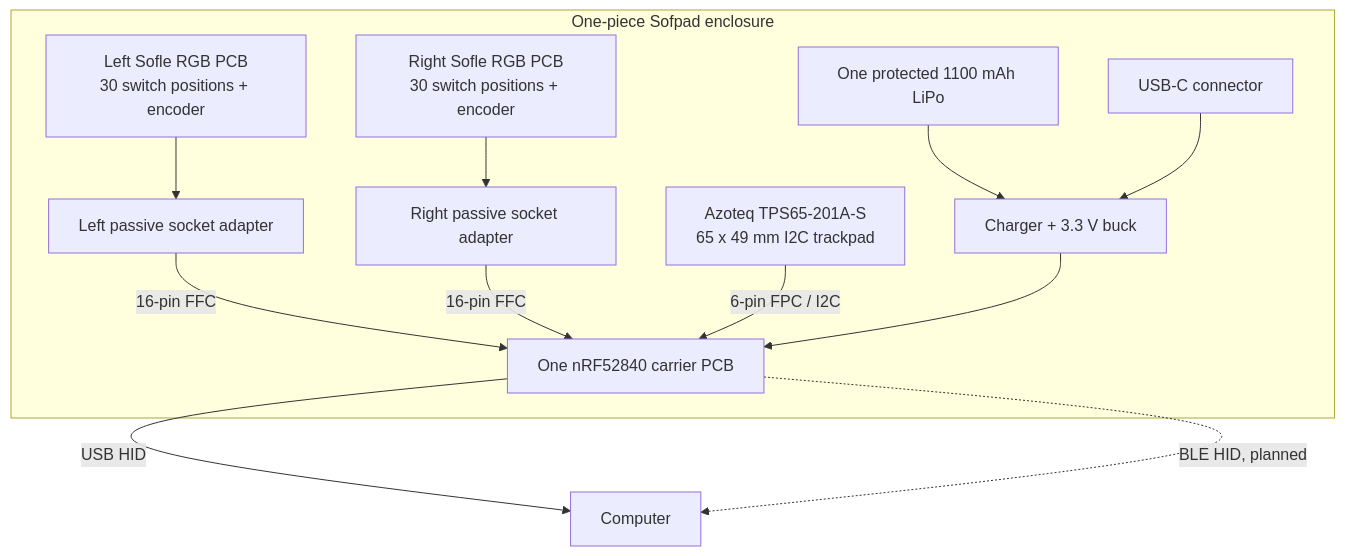
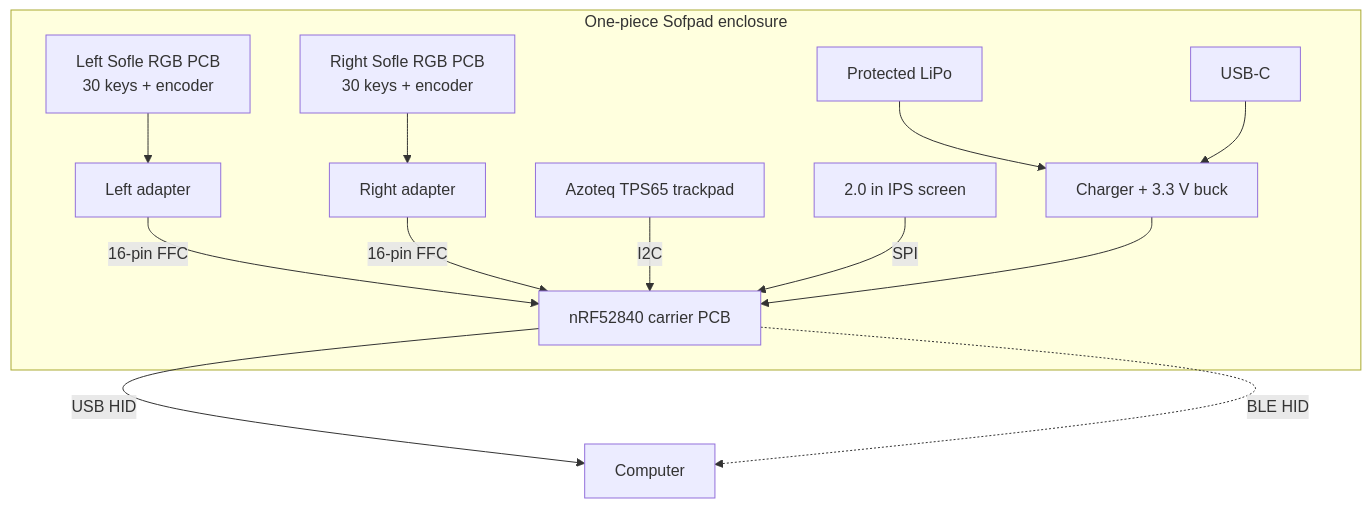
Before and after one commit to bhadkamkar9snehil/Sofpad: the diagram in README.md, drawn with Mermaid. The commit also changed other lines of this file, not shown here.

````diff
--- a/README.md
+++ b/README.md
@@ -57,15 +57,16 @@
 ```mermaid
 flowchart TB
   subgraph CASE["One-piece Sofpad enclosure"]
-    L["Left Sofle RGB PCB<br/>30 switch positions + encoder"] --> A["Left passive socket adapter"]
-    R["Right Sofle RGB PCB<br/>30 switch positions + encoder"] --> B["Right passive socket adapter"]
-    A -->|"16-pin FFC"| MCU["One nRF52840 carrier PCB"]
+    L["Left Sofle RGB PCB<br/>30 keys + encoder"] --> A["Left adapter"]
+    R["Right Sofle RGB PCB<br/>30 keys + encoder"] --> B["Right adapter"]
+    A -->|"16-pin FFC"| MCU["nRF52840 carrier PCB"]
     B -->|"16-pin FFC"| MCU
-    PAD["Azoteq TPS65-201A-S<br/>65 x 49 mm I2C trackpad"] -->|"6-pin FPC / I2C"| MCU
-    CELL["One protected 1100 mAh LiPo"] --> PWR["Charger + 3.3 V buck"]
-    USBC["USB-C connector"] --> PWR
+    PAD["Azoteq TPS65 trackpad"] -->|"I2C"| MCU
+    SCR["2.0 in IPS screen"] -->|"SPI"| MCU
+    CELL["Protected LiPo"] --> PWR["Charger + 3.3 V buck"]
+    USBC["USB-C"] --> PWR
     PWR --> MCU
   end
   MCU -->|"USB HID"| HOST["Computer"]
-  MCU -.->|"BLE HID, planned"| HOST
+  MCU -.->|"BLE HID"| HOST
 ```
````
